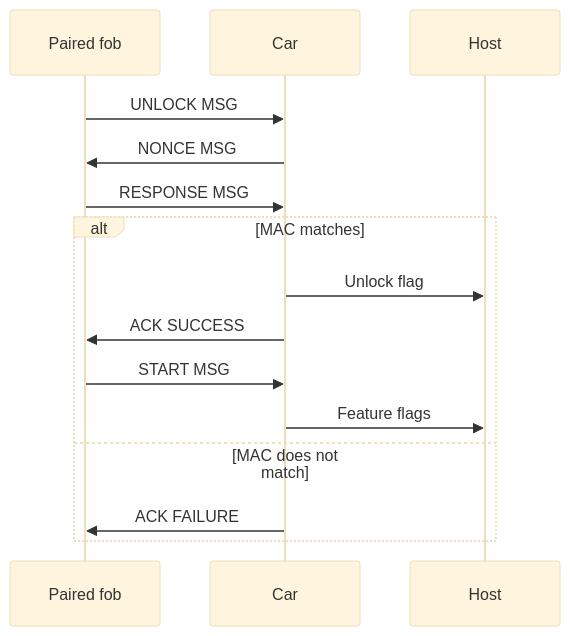
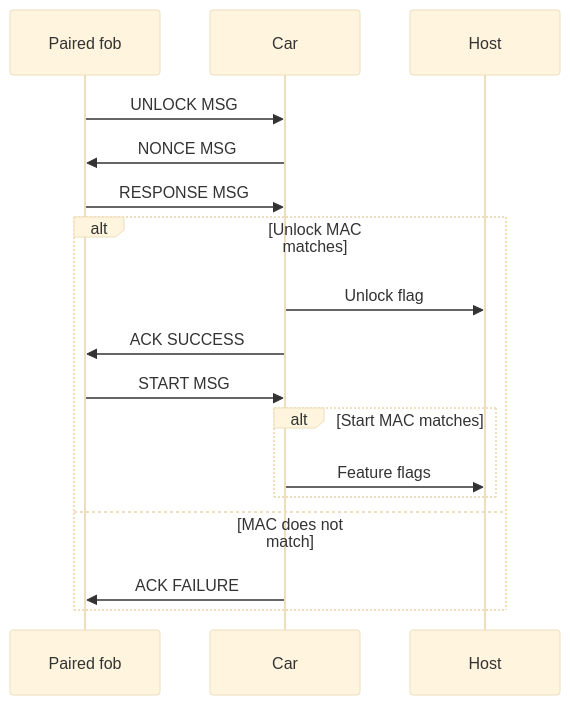
The eighth of 10 diagrams in application/README.md (nathancharlesjones/howHardwareGetsHacked), drawn with Mermaid (base theme) before and after one commit. The commit also changed other lines of this file and 1 other file, not shown here.

````diff
--- a/application/README.md
+++ b/application/README.md
@@ -247,14 +253,16 @@
 ```mermaid
 sequenceDiagram
     Paired fob->>Car: UNLOCK MSG
     Car->>Paired fob: NONCE MSG
     Paired fob->>Car: RESPONSE MSG
-    alt MAC matches
+    alt Unlock MAC matches
         Car->>Host: Unlock flag
         Car->>Paired fob: ACK SUCCESS
         Paired fob->>Car: START MSG
-        Car->>Host: Feature flags
+        alt Start MAC matches
+          Car->>Host: Feature flags
+        end
     else MAC does not match
         Car->>Paired fob: ACK FAILURE
     end
 ```
````
